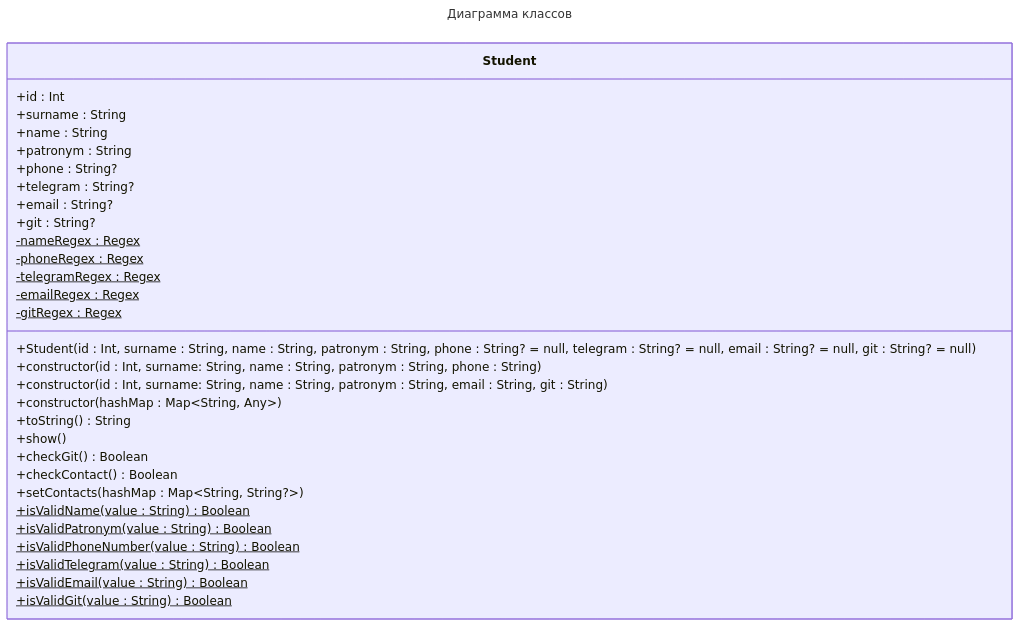
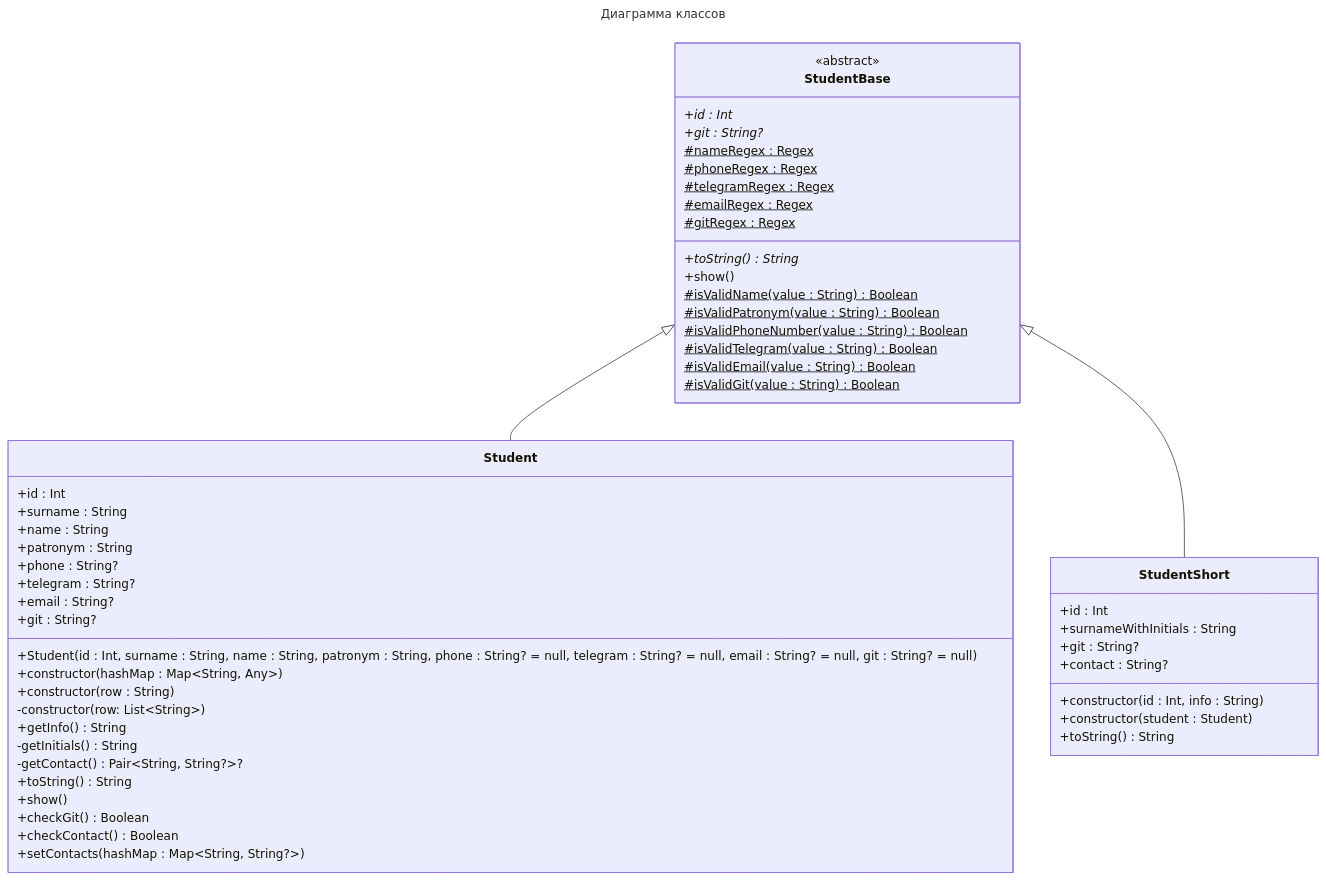
Before and after one commit to ARTEZON/Patterns: the diagram in README.md, drawn with Mermaid.

Commit message:
[Lab2-Part1-Task6] Отмечены изменения в диаграмме классов

````diff
--- a/README.md
+++ b/README.md
@@ -3,36 +3,57 @@
 ```mermaid
 ---
 title: Диаграмма классов
 ---
 classDiagram
+StudentBase <|-- Student
+StudentBase <|-- StudentShort
+    class StudentBase{
+        <<abstract>>
+        +id : Int*
+        +git : String?*
+        #nameRegex : Regex$
+        #phoneRegex : Regex$
+        #telegramRegex : Regex$
+        #emailRegex : Regex$
+        #gitRegex : Regex$
+        +toString() String*
+        +show()
+        #isValidName(value : String) Boolean$
+        #isValidPatronym(value : String) Boolean$
+        #isValidPhoneNumber(value : String) Boolean$
+        #isValidTelegram(value : String) Boolean$
+        #isValidEmail(value : String) Boolean$
+        #isValidGit(value : String) Boolean$
+    }
     class Student{
         +id : Int
         +surname : String
         +name : String
         +patronym : String
         +phone : String?
         +telegram : String?
         +email : String?
         +git : String?
-        -nameRegex : Regex$
-        -phoneRegex : Regex$
-        -telegramRegex : Regex$
-        -emailRegex : Regex$
-        -gitRegex : Regex$
         +Student(id : Int, surname : String, name : String, patronym : String, phone : String? = null, telegram : String? = null, email : String? = null, git : String? = null)
-        +constructor(id : Int, surname: String, name : String, patronym : String, phone : String)
-        +constructor(id : Int, surname: String, name : String, patronym : String, email : String, git : String)
         +constructor(hashMap : Map~String, Any~)
+        +constructor(row : String)
+        -constructor(row: List~String~)
+        +getInfo() String
+        -getInitials() String
+        -getContact() Pair~String, String?~?
         +toString() String
         +show()
         +checkGit() Boolean
         +checkContact() Boolean
         +setContacts(hashMap : Map~String, String?~)
-        +isValidName(value : String) Boolean$
-        +isValidPatronym(value : String) Boolean$
-        +isValidPhoneNumber(value : String) Boolean$
-        +isValidTelegram(value : String) Boolean$
-        +isValidEmail(value : String) Boolean$
-        +isValidGit(value : String) Boolean$
+    }
+    class StudentShort{
+        +id : Int
+        +surnameWithInitials : String
+        +git : String?
+        +contact : String?
+        +constructor(id : Int, info : String)
+        +constructor(student : Student)
+        +toString() String
     }
 ```
````
